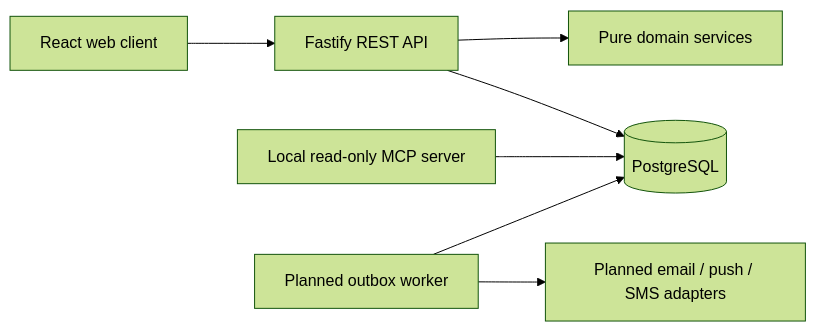
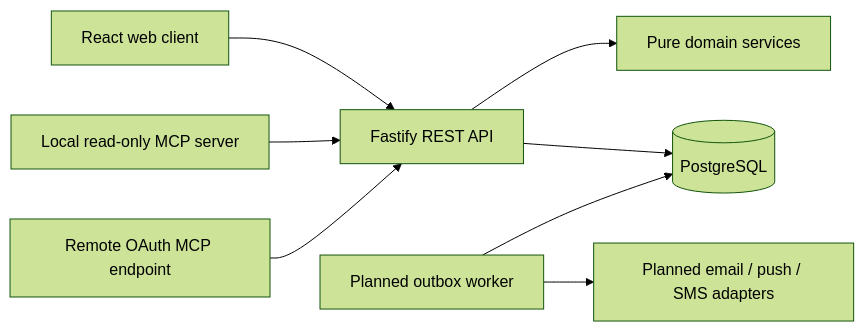
Before and after one commit to mhdnaseeel/habit-tracker: the diagram in docs/architecture.md, drawn with Mermaid (forest theme). The commit also changed other lines of this file and 4 other files, not shown here.

````diff
--- a/docs/architecture.md
+++ b/docs/architecture.md
@@ -3,9 +3,10 @@
 ```mermaid
 flowchart LR
  Web[React web client] --> API[Fastify REST API]
  API --> Domain[Pure domain services]
  API --> DB[(PostgreSQL)]
- LocalMCP[Local read-only MCP server] --> DB
+ LocalMCP[Local read-only MCP server] --> API
+ RemoteMCP[Remote OAuth MCP endpoint] --> API
  Worker[Planned outbox worker] --> DB
  Worker --> Providers[Planned email / push / SMS adapters]
 ```
````
